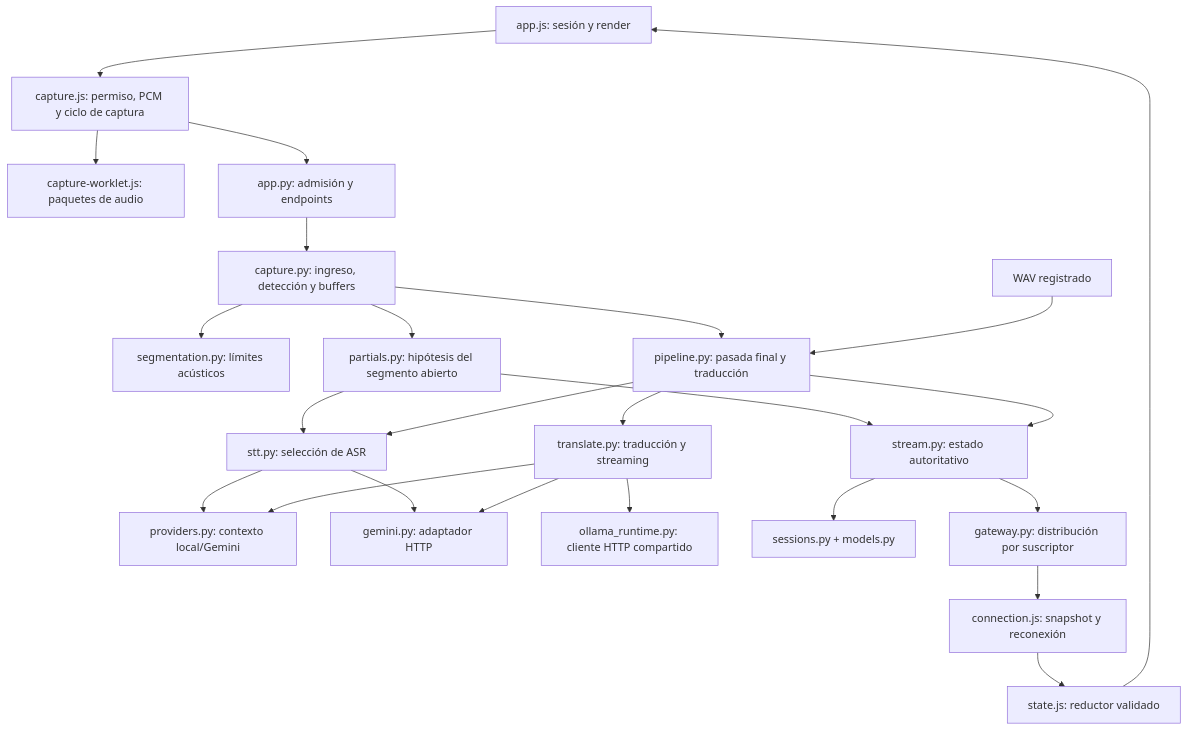
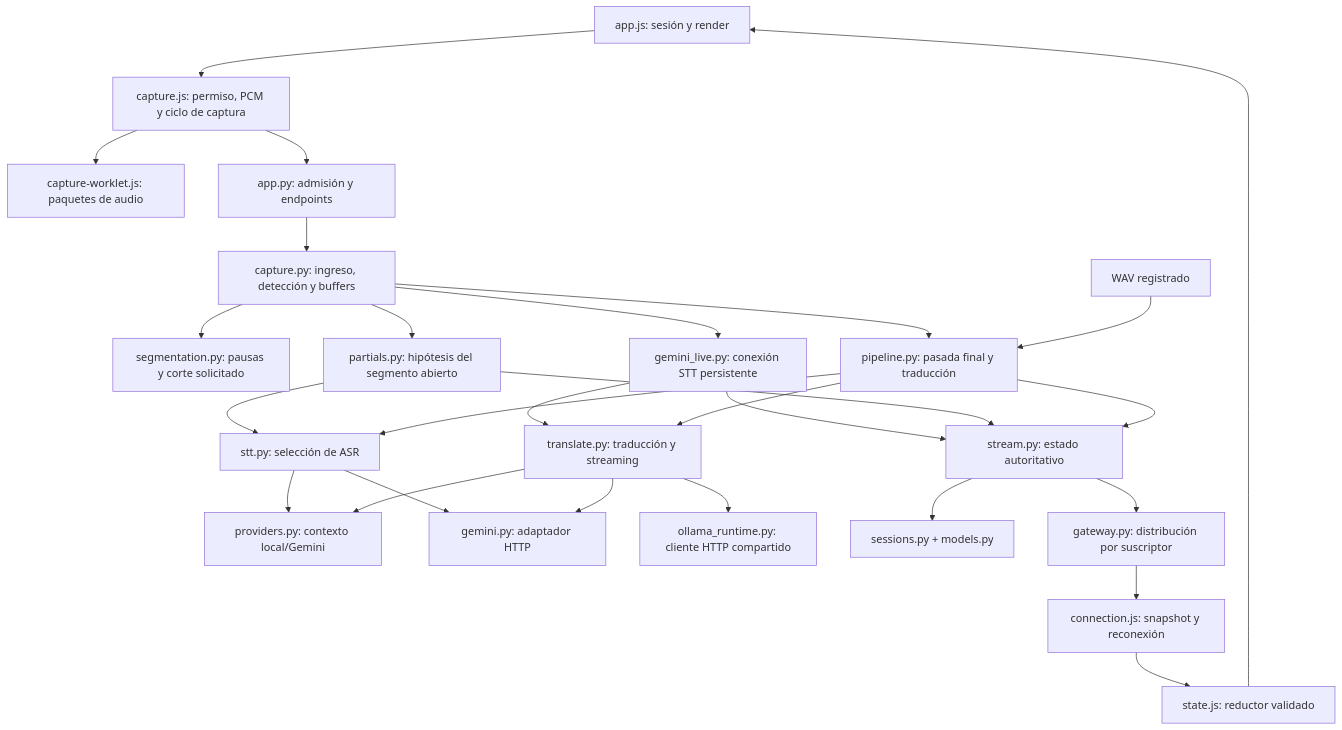
The second of 19 diagrams in docs/ARQUITECTURA.md (dnluc/decilo), drawn with Mermaid before and after one commit. The commit also changed other lines of this file and 53 other files, not shown here.

Commit message:
docs: sincronizar guias y arquitectura con Gemini Live y ASR incremental

````diff
--- a/docs/ARQUITECTURA.md
+++ b/docs/ARQUITECTURA.md
@@ -107,26 +107,29 @@
 ```mermaid
 flowchart TB
     UI["app.js: sesión y render"] --> CaptureUI["capture.js: permiso, PCM y ciclo de captura"]
     CaptureUI --> Worklet["capture-worklet.js: paquetes de audio"]
     CaptureUI --> App["app.py: admisión y endpoints"]
     App --> Ingest["capture.py: ingreso, detección y buffers"]
-    Ingest --> Segment["segmentation.py: límites acústicos"]
+    Ingest --> Segment["segmentation.py: pausas y corte solicitado"]
+    Ingest --> Live["gemini_live.py: conexión STT persistente"]
+    Live --> State
+    Live --> Translate
     Ingest --> Partial["partials.py: hipótesis del segmento abierto"]
     Ingest --> Pipeline["pipeline.py: pasada final y traducción"]
     Files["WAV registrado"] --> Pipeline
     Partial --> STT["stt.py: selección de ASR"]
     Pipeline --> STT
     Pipeline --> Translate["translate.py: traducción y streaming"]
     STT --> Providers["providers.py: contexto local/Gemini"]
     Translate --> Providers
     STT --> Gemini["gemini.py: adaptador HTTP"]
     Translate --> Gemini
     Translate --> Runtime["ollama_runtime.py: cliente HTTP compartido"]
     Partial --> State["stream.py: estado autoritativo"]
     Pipeline --> State
     State --> Registry["sessions.py + models.py"]
     State --> Gateway["gateway.py: distribución por suscriptor"]
     Gateway --> Connection["connection.js: snapshot y reconexión"]
     Connection --> Reducer["state.js: reductor validado"]
     Reducer --> UI
 ```
````
